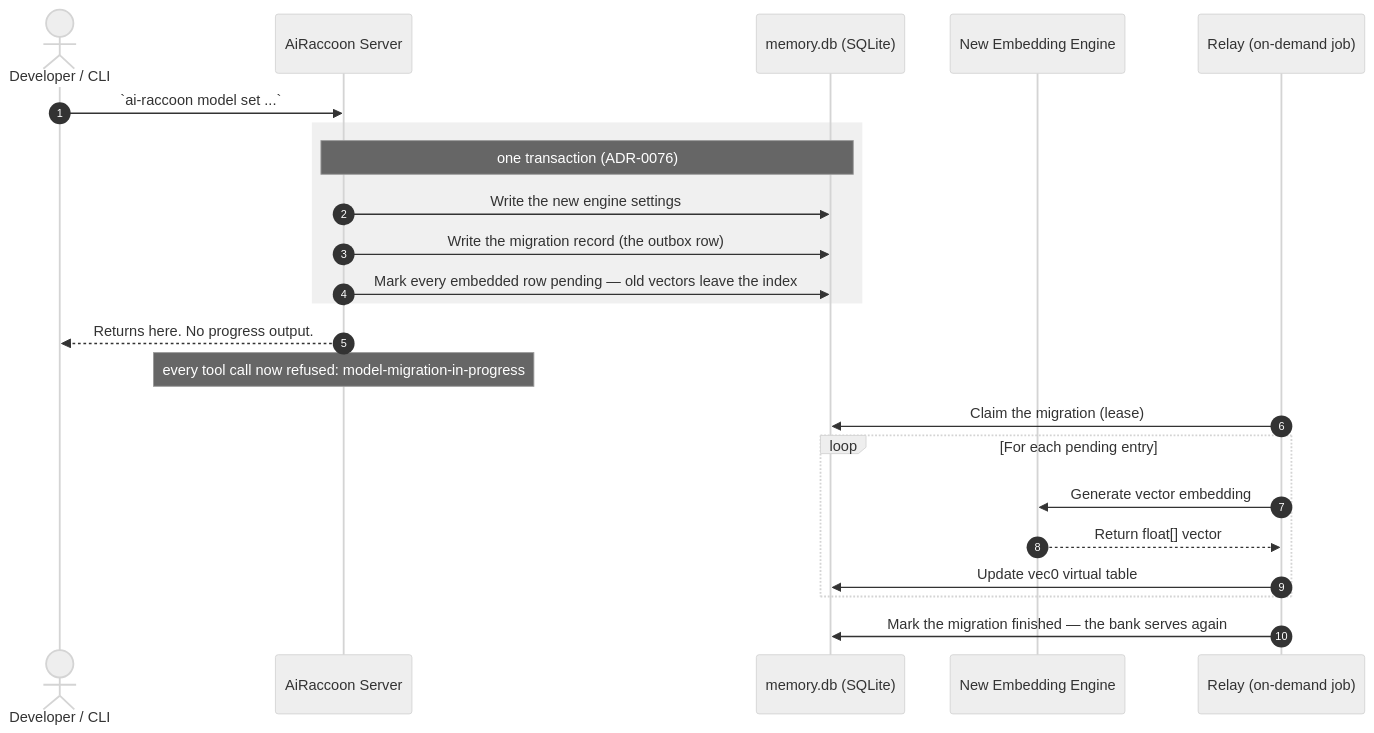
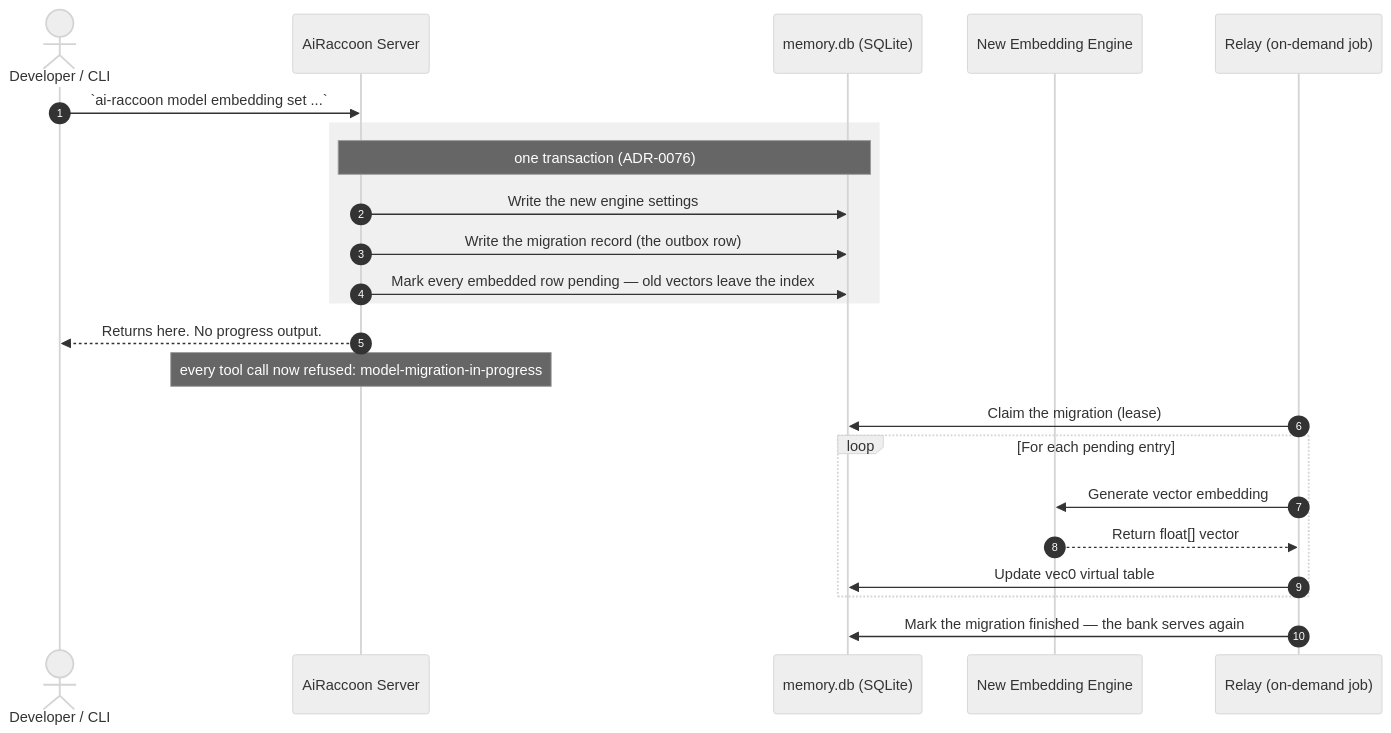
The second of 2 diagrams in docs/how-to/configure-embedding-engines.md (Arasz/ai-raccoon), drawn with Mermaid (neutral theme) before and after one commit. The commit also changed other lines of this file and 5 other files, not shown here.

````diff
--- a/docs/how-to/configure-embedding-engines.md
+++ b/docs/how-to/configure-embedding-engines.md
@@ -213,27 +214,27 @@
 ```mermaid
 sequenceDiagram
     autonumber
     actor Dev as Developer / CLI
     participant Server as AiRaccoon Server
     participant Store as memory.db (SQLite)
     participant Engine as New Embedding Engine
     
     participant Relay as Relay (on-demand job)
 
-    Dev->>Server: `ai-raccoon model set ...`
+    Dev->>Server: `ai-raccoon model embedding set ...`
     rect rgb(240, 240, 240)
         note over Server,Store: one transaction (ADR-0076)
         Server->>Store: Write the new engine settings
         Server->>Store: Write the migration record (the outbox row)
         Server->>Store: Mark every embedded row pending — old vectors leave the index
     end
     Server-->>Dev: Returns here. No progress output.
     note over Server: every tool call now refused: model-migration-in-progress
     Relay->>Store: Claim the migration (lease)
     loop For each pending entry
         Relay->>Engine: Generate vector embedding
         Engine-->>Relay: Return float[] vector
         Relay->>Store: Update vec0 virtual table
     end
     Relay->>Store: Mark the migration finished — the bank serves again
 ```
````
